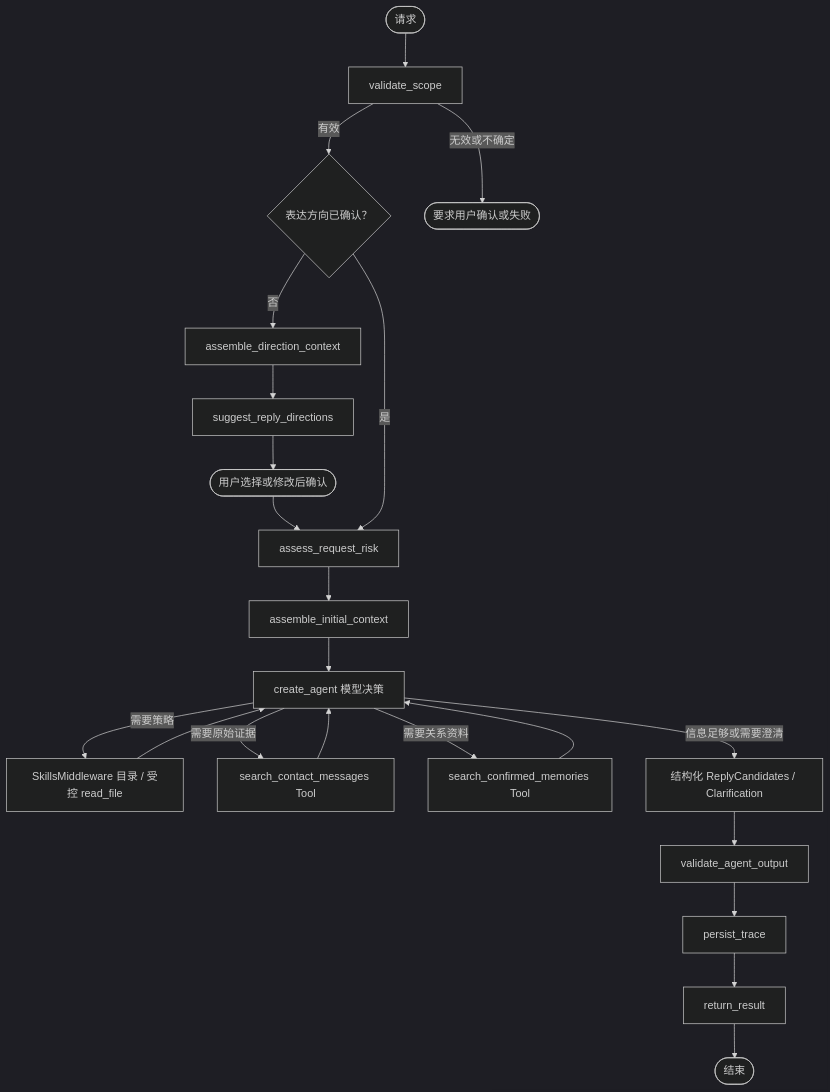
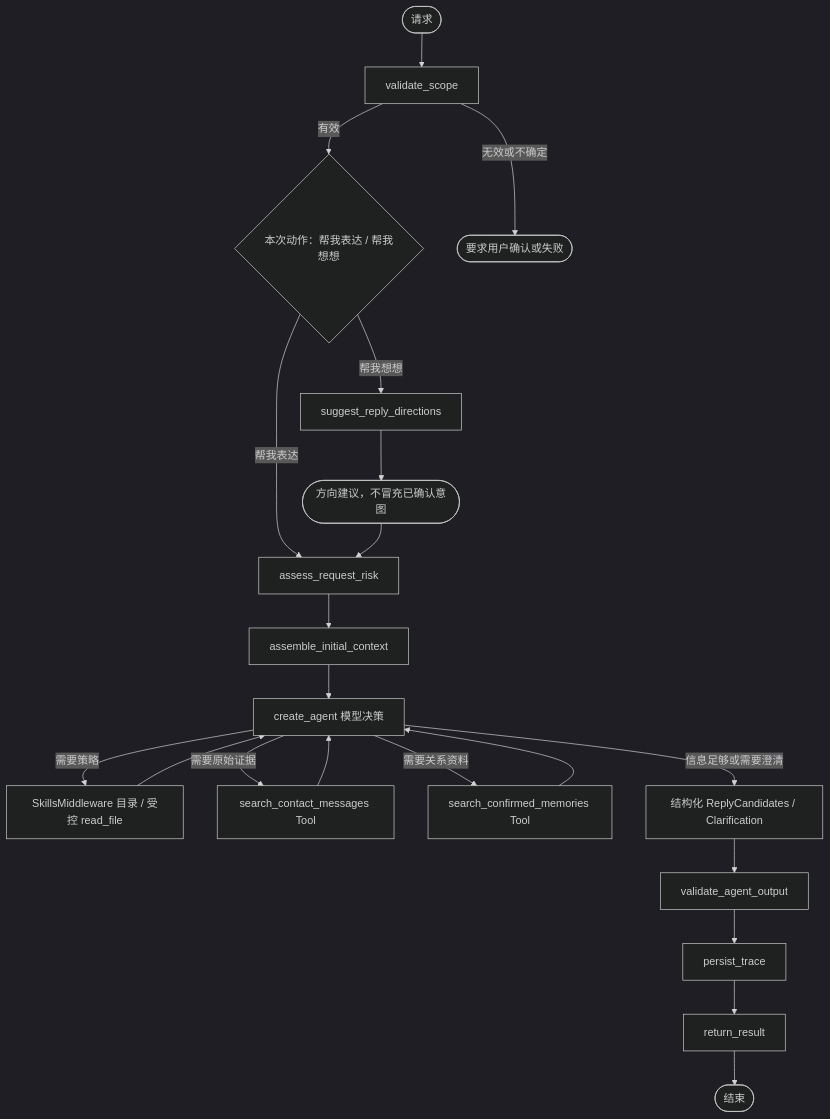
The second of 2 diagrams in architecture/drafts/agent-runtime.md (Aqua-ava/NotAlone), drawn with Mermaid (dark theme) before and after one commit. The commit also changed other lines of this file and 7 other files, not shown here.

First line of the commit message:
收敛架构草图的冲突表述并回填任务状态

````diff
--- a/architecture/drafts/agent-runtime.md
+++ b/architecture/drafts/agent-runtime.md
@@ -115,24 +115,23 @@
 ```mermaid
 flowchart TD
     Start([请求]) --> Scope["validate_scope"]
-    Scope -->|有效| Direction{"表达方向已确认？"}
+    Scope -->|有效| Action{"本次动作：帮我表达 / 帮我想想"}
     Scope -->|无效或不确定| Failed([要求用户确认或失败])
-    Direction -->|否| DirectionContext["assemble_direction_context"]
-    DirectionContext --> Suggest["suggest_reply_directions"]
-    Suggest --> Confirm([用户选择或修改后确认])
-    Confirm --> Risk["assess_request_risk"]
-    Direction -->|是| Risk
+    Action -->|帮我表达| Risk["assess_request_risk"]
+    Action -->|帮我想想| Suggest["suggest_reply_directions"]
+    Suggest --> Candidates([方向建议，不冒充已确认意图])
+    Candidates --> Risk
     Risk --> Context["assemble_initial_context"]
     Context --> Agent["create_agent 模型决策"]
     Agent -->|需要策略| Skill["SkillsMiddleware 目录 / 受控 read_file"]
     Agent -->|需要原始证据| Messages["search_contact_messages Tool"]
     Agent -->|需要关系资料| Memories["search_confirmed_memories Tool"]
     Skill --> Agent
     Messages --> Agent
     Memories --> Agent
     Agent -->|信息足够或需要澄清| Output["结构化 ReplyCandidates / Clarification"]
     Output --> Validate["validate_agent_output"]
     Validate --> Persist["persist_trace"]
     Persist --> Return["return_result"]
     Return --> End([结束])
 ```
````
